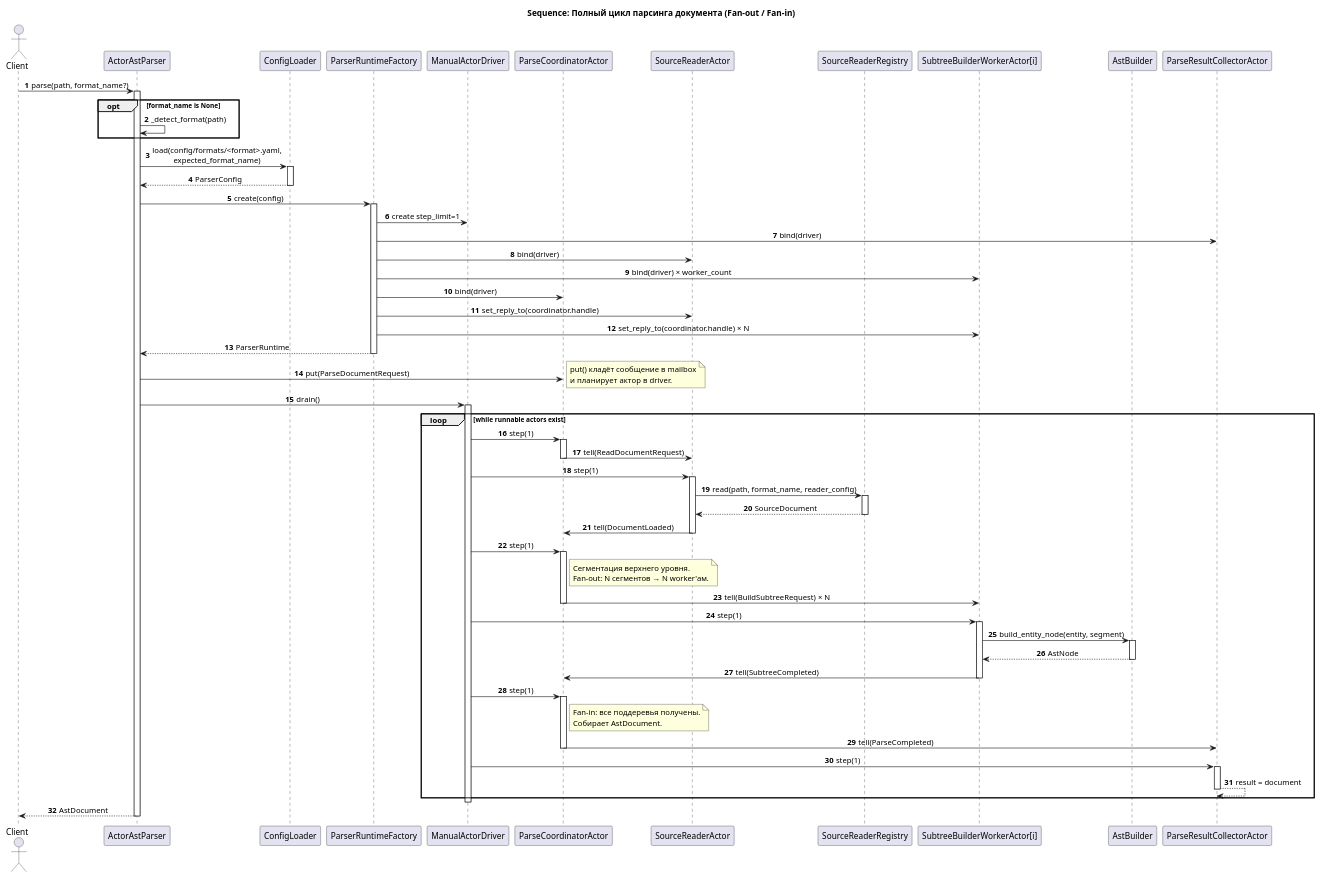
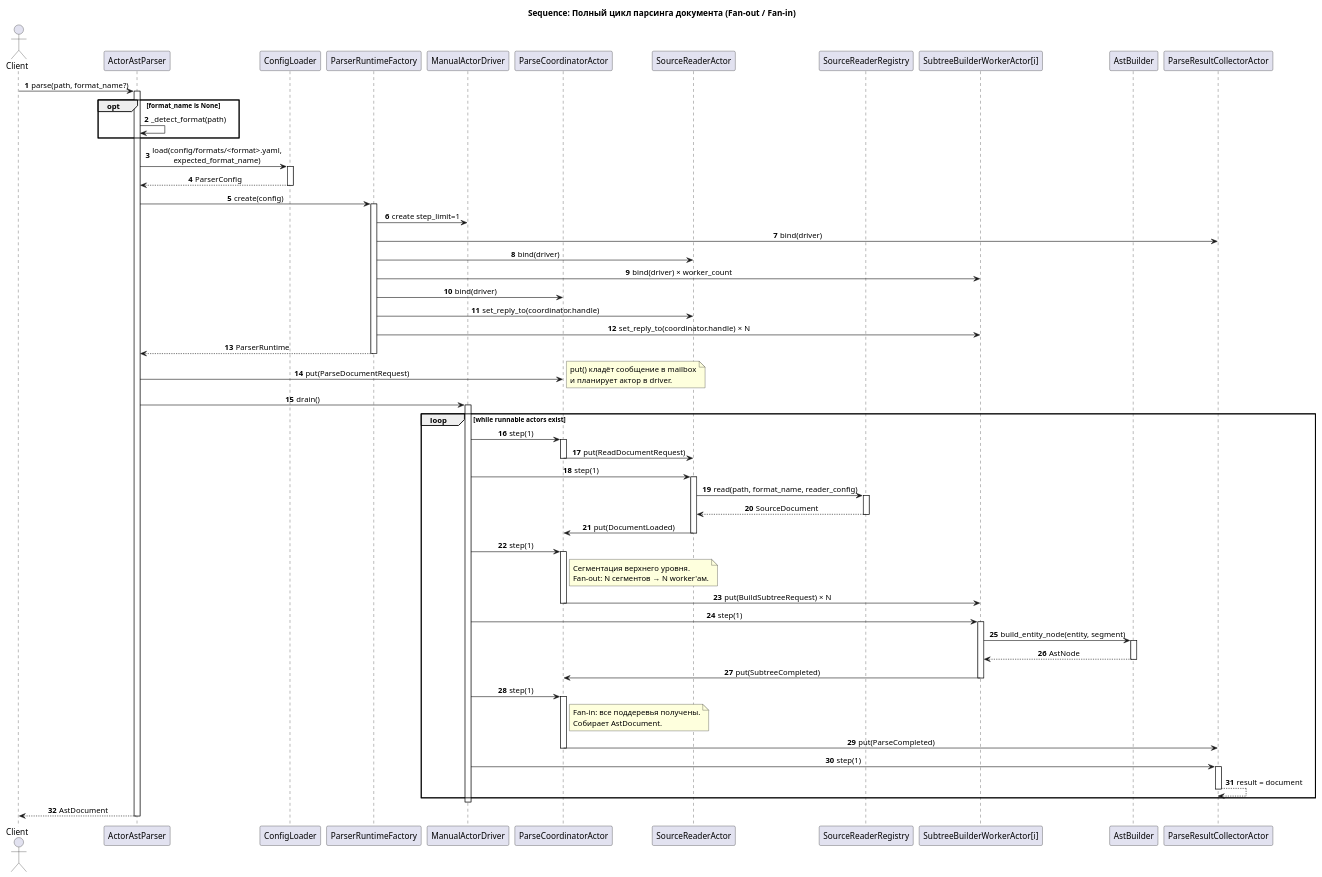
Before and after one commit to Forthey/DiGr: the diagram in docs/uml/ast_parser_sequence.puml, drawn with PlantUML. The commit also changed 24 other files, not shown here.

```diff
--- a/docs/uml/ast_parser_sequence.puml
+++ b/docs/uml/ast_parser_sequence.puml
@@ -1,108 +1,108 @@
 @startuml
 autonumber
 skinparam shadowing false
 skinparam sequenceMessageAlign center
 skinparam responseMessageBelowArrow true
 
 title Sequence: Полный цикл парсинга документа (Fan-out / Fan-in)
 
 actor Client
 participant ActorAstParser
 participant ConfigLoader
 participant ParserRuntimeFactory
 participant ManualActorDriver as Driver
 participant ParseCoordinatorActor as Coordinator
 participant SourceReaderActor as Reader
 participant SourceReaderRegistry
 participant "SubtreeBuilderWorkerActor[i]" as Worker
 participant AstBuilder
 participant ParseResultCollectorActor as Collector
 
 Client -> ActorAstParser: parse(path, format_name?)
 activate ActorAstParser
 
 opt format_name is None
   ActorAstParser -> ActorAstParser: _detect_format(path)
 end
 
 ActorAstParser -> ConfigLoader: load(config/formats/<format>.yaml,\nexpected_format_name)
 activate ConfigLoader
 ConfigLoader --> ActorAstParser: ParserConfig
 deactivate ConfigLoader
 
 ActorAstParser -> ParserRuntimeFactory: create(config)
 activate ParserRuntimeFactory
 ParserRuntimeFactory -> Driver: create step_limit=1
 ParserRuntimeFactory -> Collector: bind(driver)
 ParserRuntimeFactory -> Reader: bind(driver)
 ParserRuntimeFactory -> Worker: bind(driver) × worker_count
 ParserRuntimeFactory -> Coordinator: bind(driver)
 ParserRuntimeFactory -> Reader: set_reply_to(coordinator.handle)
 ParserRuntimeFactory -> Worker: set_reply_to(coordinator.handle) × N
 ParserRuntimeFactory --> ActorAstParser: ParserRuntime
 deactivate ParserRuntimeFactory
 
   ActorAstParser -> Coordinator: put(ParseDocumentRequest)
   note right
     put() кладёт сообщение в mailbox
     и планирует актор в driver.
   end note
 
 ActorAstParser -> Driver: drain()
 activate Driver
 
 loop while runnable actors exist
 
   Driver -> Coordinator: step(1)
   activate Coordinator
-  Coordinator -> Reader: tell(ReadDocumentRequest)
+  Coordinator -> Reader: put(ReadDocumentRequest)
   deactivate Coordinator
 
   Driver -> Reader: step(1)
   activate Reader
   Reader -> SourceReaderRegistry: read(path, format_name, reader_config)
   activate SourceReaderRegistry
   SourceReaderRegistry --> Reader: SourceDocument
   deactivate SourceReaderRegistry
-  Reader -> Coordinator: tell(DocumentLoaded)
+  Reader -> Coordinator: put(DocumentLoaded)
   deactivate Reader
 
   Driver -> Coordinator: step(1)
   activate Coordinator
   note right of Coordinator
     Сегментация верхнего уровня.
     Fan-out: N сегментов → N worker'ам.
   end note
-  Coordinator -> Worker: tell(BuildSubtreeRequest) × N
+  Coordinator -> Worker: put(BuildSubtreeRequest) × N
   deactivate Coordinator
 
   Driver -> Worker: step(1)
   activate Worker
   Worker -> AstBuilder: build_entity_node(entity, segment)
   activate AstBuilder
   AstBuilder --> Worker: AstNode
   deactivate AstBuilder
-  Worker -> Coordinator: tell(SubtreeCompleted)
+  Worker -> Coordinator: put(SubtreeCompleted)
   deactivate Worker
 
   Driver -> Coordinator: step(1)
   activate Coordinator
   note right of Coordinator
     Fan-in: все поддеревья получены.
     Собирает AstDocument.
   end note
-  Coordinator -> Collector: tell(ParseCompleted)
+  Coordinator -> Collector: put(ParseCompleted)
   deactivate Coordinator
 
   Driver -> Collector: step(1)
   activate Collector
   Collector --> Collector: result = document
   deactivate Collector
 end
 
 deactivate Driver
 
 ActorAstParser --> Client: AstDocument
 deactivate ActorAstParser
 
 @enduml
```
